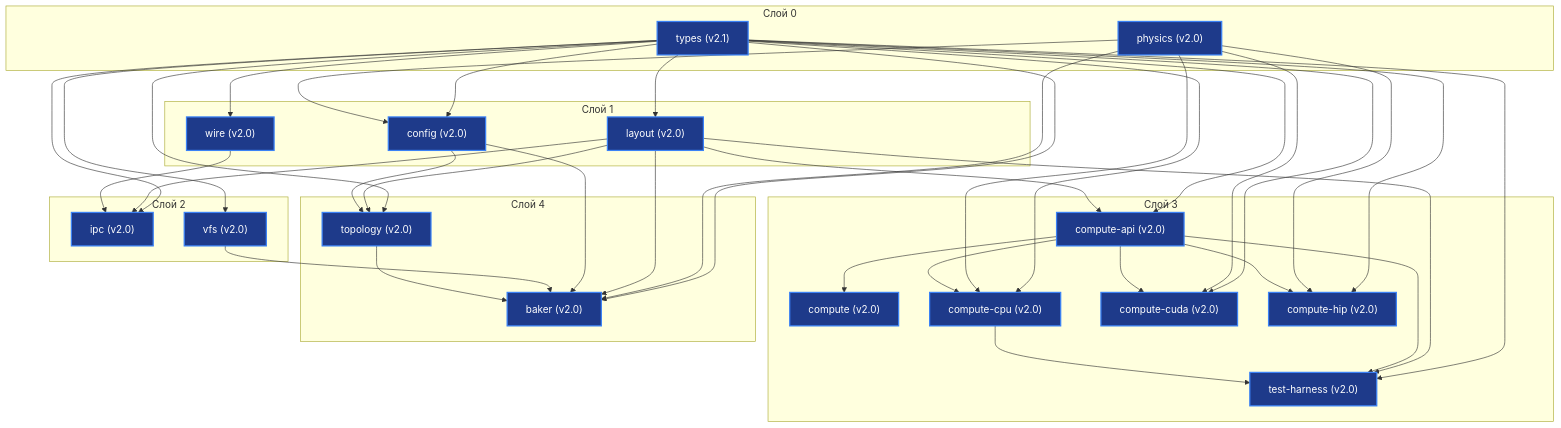
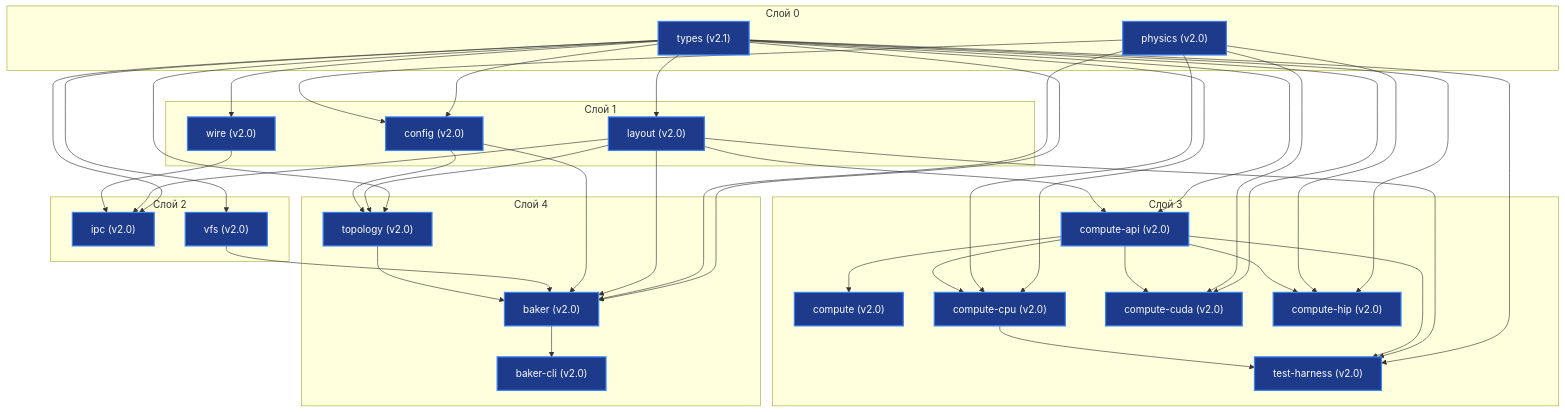
Before and after one commit to H4V1K-dev/axicor_enterprise: the diagram in docs/engine/INDEX.md, drawn with Mermaid. The commit also changed other lines of this file and 1 other file, not shown here.

Commit message:
docs: add engine documentation and baker CLI specification

````diff
--- a/docs/engine/INDEX.md
+++ b/docs/engine/INDEX.md
@@ -9,65 +9,67 @@
 ```mermaid
 graph TD
     subgraph L0["Слой 0"]
         types["types (v2.1)"]
         physics["physics (v2.0)"]
     end
     subgraph L1["Слой 1"]
         layout["layout (v2.0)"]
         config["config (v2.0)"]
         wire["wire (v2.0)"]
     end
     subgraph L2["Слой 2"]
         ipc["ipc (v2.0)"]
         vfs["vfs (v2.0)"]
     end
     subgraph L3["Слой 3"]
         compute_api["compute-api (v2.0)"]
         compute["compute (v2.0)"]
         compute_cpu["compute-cpu (v2.0)"]
         compute_cuda["compute-cuda (v2.0)"]
         compute_hip["compute-hip (v2.0)"]
         test_harness["test-harness (v2.0)"]
     end
     subgraph L4["Слой 4"]
         topology["topology (v2.0)"]
         baker["baker (v2.0)"]
+        baker_cli["baker-cli (v2.0)"]
     end
 
     types --> layout
     types --> config
     types --> wire
     types --> ipc
     types --> vfs
     types --> compute_api
     types --> compute_cpu
     types --> compute_cuda
     types --> compute_hip
     types --> test_harness
     types --> topology
     types --> baker
     physics --> config
     physics --> compute_cpu
     physics --> compute_cuda
     physics --> compute_hip
     physics --> baker
     layout --> ipc
     wire --> ipc
     layout --> compute_api
     layout --> test_harness
     layout --> topology
     layout --> baker
     config --> topology
     config --> baker
     vfs --> baker
     topology --> baker
+    baker --> baker_cli
     compute_api --> compute
     compute_api --> compute_cpu
     compute_api --> compute_cuda
     compute_api --> compute_hip
     compute_api --> test_harness
     compute_cpu --> test_harness
 
     classDef active fill:#1e3a8a,stroke:#3b82f6,stroke-width:2px,color:#fff;
-    class types,physics,layout,config,wire,ipc,vfs,compute_api,compute,compute_cpu,compute_cuda,compute_hip,test_harness,topology,baker active;
+    class types,physics,layout,config,wire,ipc,vfs,compute_api,compute,compute_cpu,compute_cuda,compute_hip,test_harness,topology,baker,baker_cli active;
 ```
````
